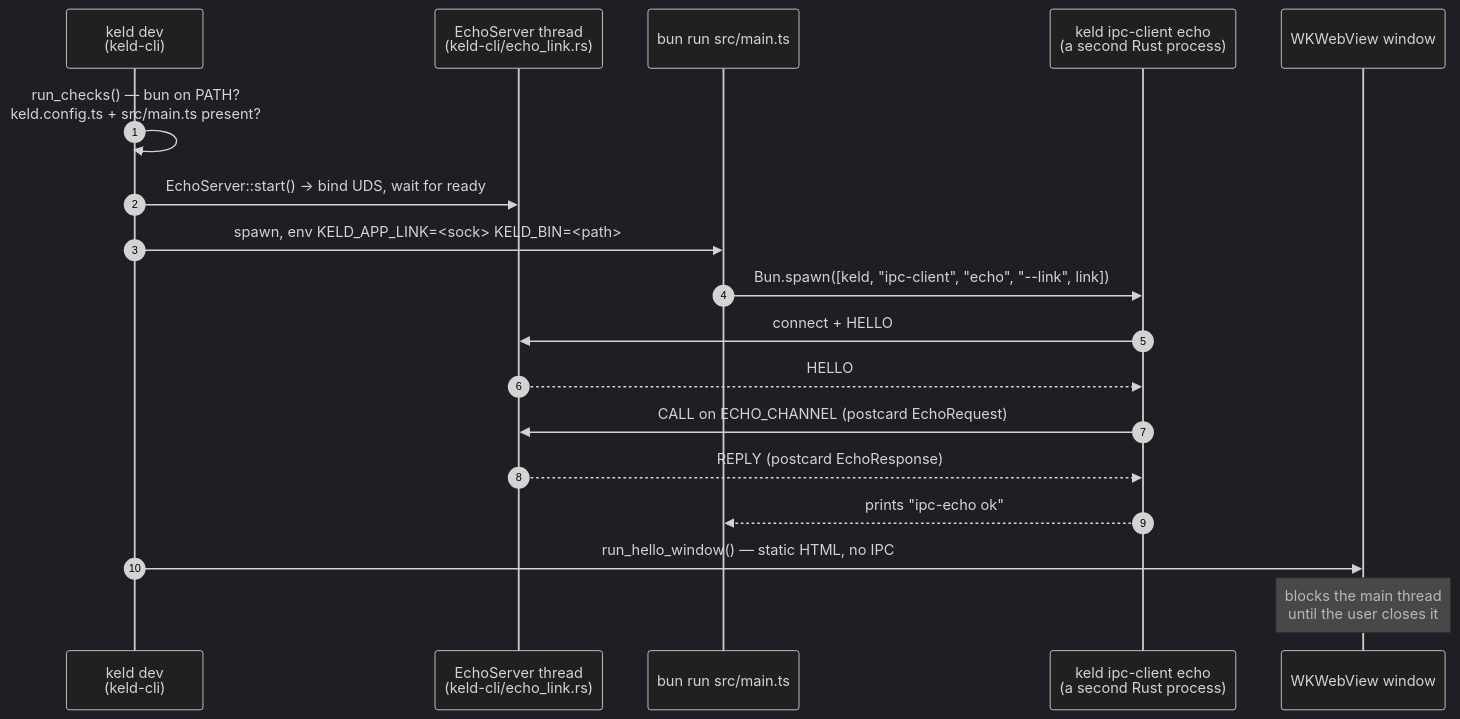
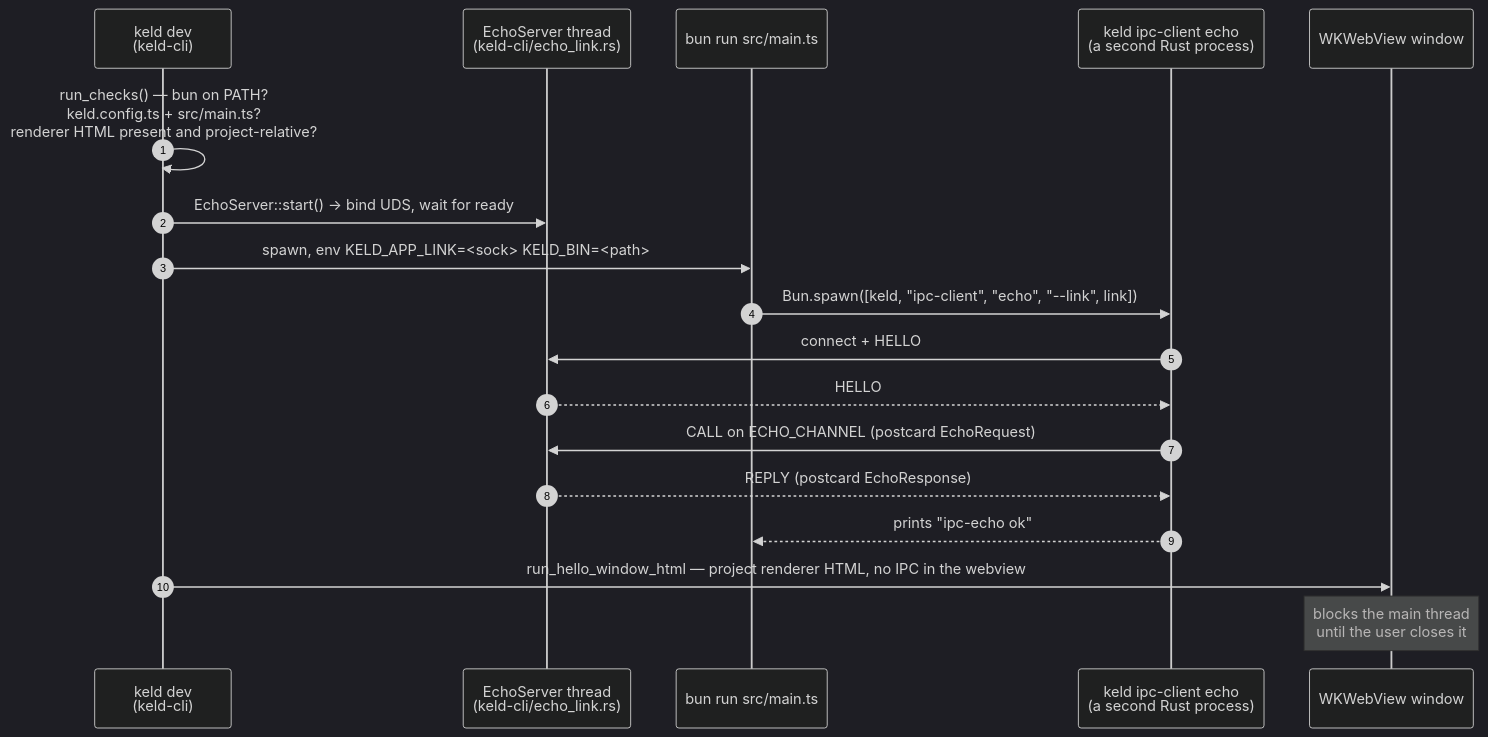
One commit to gyldlab/keld changed the second of 3 diagrams in docs/onboarding/02-architecture-guide.md. Above: the diagram before and after it, drawn with Mermaid (dark theme). The commit also changed other lines of this file and 16 other files, not shown here.

First line of the commit message:
docs: sync architecture, onboarding, error registry, and llms corpus

````diff
--- a/docs/onboarding/02-architecture-guide.md
+++ b/docs/onboarding/02-architecture-guide.md
@@ -250,21 +250,21 @@
 ```mermaid
 sequenceDiagram
     autonumber
     participant CLI as keld dev<br/>(keld-cli)
     participant Srv as EchoServer thread<br/>(keld-cli/echo_link.rs)
     participant Bun as bun run src/main.ts
     participant Sub as keld ipc-client echo<br/>(a second Rust process)
     participant Win as WKWebView window
 
-    CLI->>CLI: run_checks() — bun on PATH?<br/>keld.config.ts + src/main.ts present?
+    CLI->>CLI: run_checks() — bun on PATH?<br/>keld.config.ts + src/main.ts?<br/>renderer HTML present and project-relative?
     CLI->>Srv: EchoServer::start() → bind UDS, wait for ready
     CLI->>Bun: spawn, env KELD_APP_LINK=<sock> KELD_BIN=<path>
     Bun->>Sub: Bun.spawn([keld, "ipc-client", "echo", "--link", link])
     Sub->>Srv: connect + HELLO
     Srv-->>Sub: HELLO
     Sub->>Srv: CALL on ECHO_CHANNEL (postcard EchoRequest)
     Srv-->>Sub: REPLY (postcard EchoResponse)
     Sub-->>Bun: prints "ipc-echo ok"
-    CLI->>Win: run_hello_window() — static HTML, no IPC
+    CLI->>Win: run_hello_window_html — project renderer HTML, no IPC in the webview
     Note over Win: blocks the main thread<br/>until the user closes it
 ```
````
